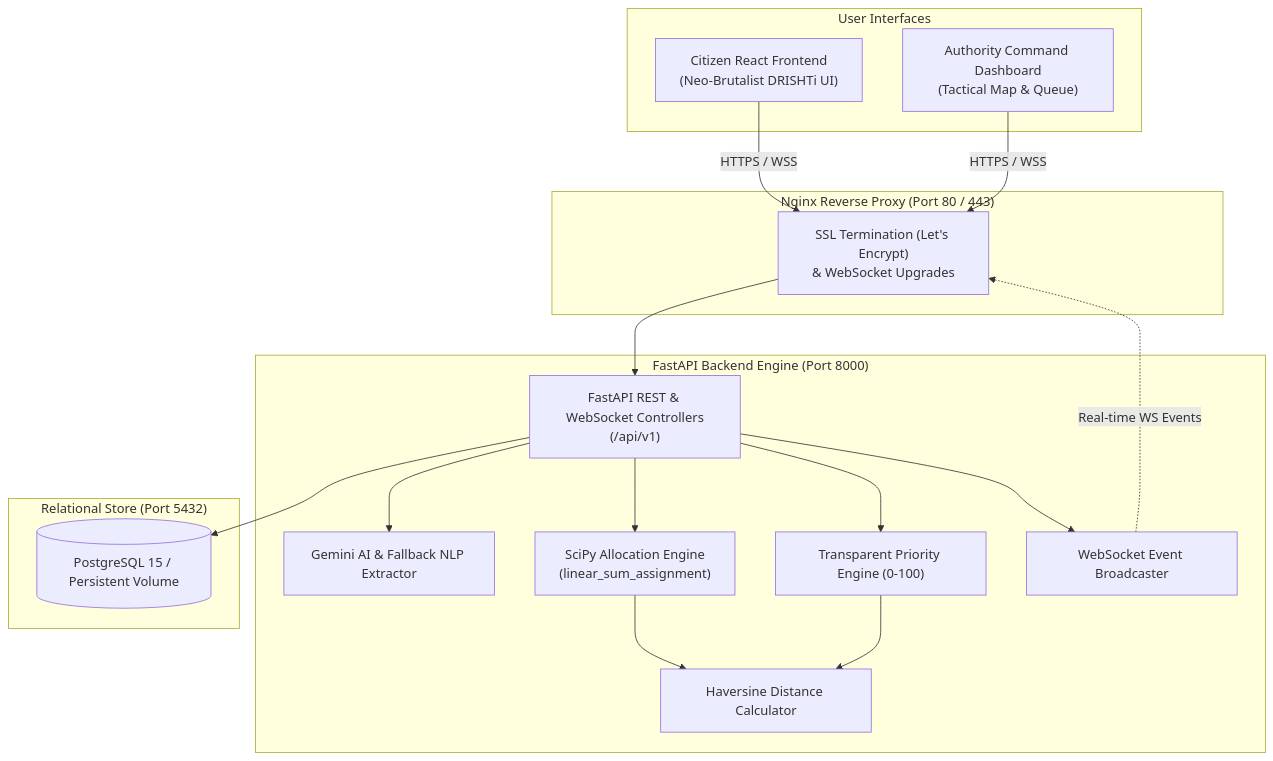
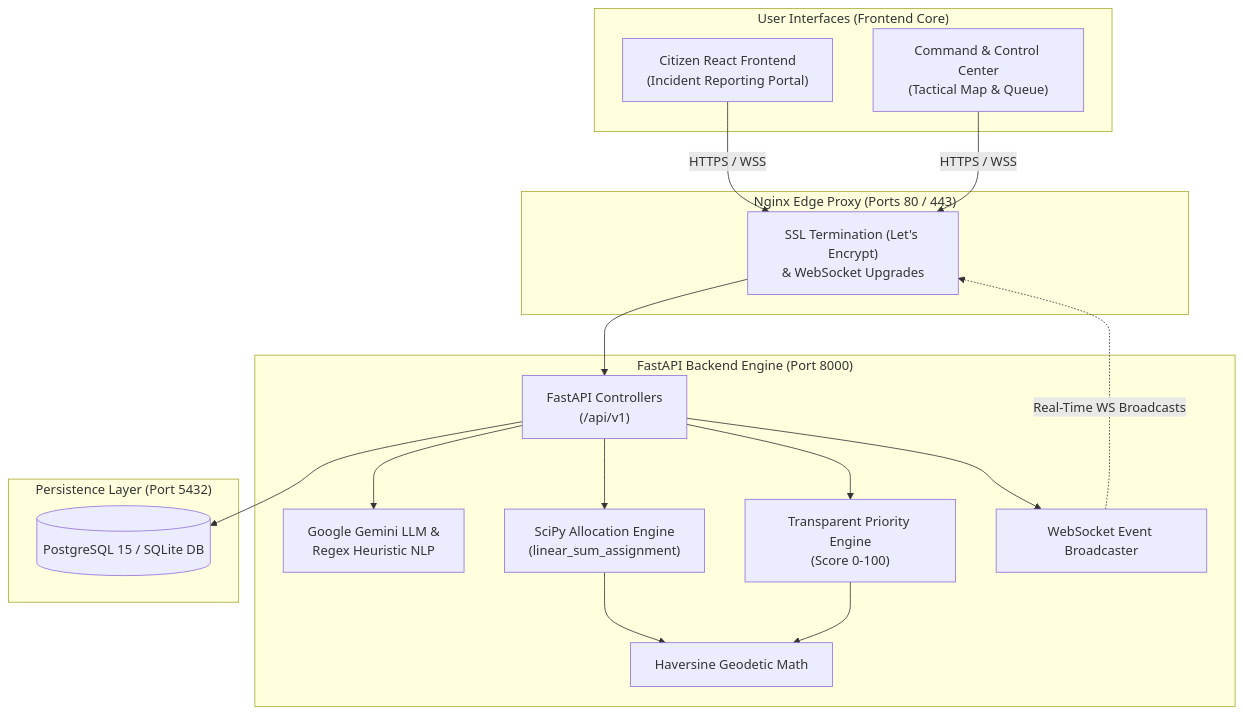
Before and after one commit to SiddhiB-05/Disaster-response-platform: the diagram in README.md, drawn with Mermaid. The commit also changed other lines of this file, not shown here.

````diff
--- a/README.md
+++ b/README.md
@@ -26,38 +131,38 @@
 ```mermaid
 flowchart TD
-    subgraph Clients["User Interfaces"]
-        CitizenUI["Citizen React Frontend<br/>(Neo-Brutalist DRISHTi UI)"]
-        DashboardUI["Authority Command Dashboard<br/>(Tactical Map & Queue)"]
+    subgraph Clients["User Interfaces (Frontend Core)"]
+        CitizenUI["Citizen React Frontend<br/>(Incident Reporting Portal)"]
+        DashboardUI["Command & Control Center<br/>(Tactical Map & Queue)"]
     end
 
-    subgraph Nginx["Nginx Reverse Proxy (Port 80 / 443)"]
+    subgraph NginxProxy["Nginx Edge Proxy (Ports 80 / 443)"]
         Proxy["SSL Termination (Let's Encrypt)<br/>& WebSocket Upgrades"]
     end
 
-    subgraph Backend["FastAPI Backend Engine (Port 8000)"]
-        API["FastAPI REST & WebSocket Controllers<br/>(/api/v1)"]
-        GeminiService["Gemini AI & Fallback NLP Extractor"]
-        ScoringEngine["Transparent Priority Engine (0-100)"]
+    subgraph BackendEngine["FastAPI Backend Engine (Port 8000)"]
+        API["FastAPI Controllers<br/>(/api/v1)"]
+        GeminiService["Google Gemini LLM &<br/>Regex Heuristic NLP"]
+        ScoringEngine["Transparent Priority Engine<br/>(Score 0-100)"]
         SciPyOptimizer["SciPy Allocation Engine<br/>(linear_sum_assignment)"]
-        HaversineMath["Haversine Distance Calculator"]
+        HaversineMath["Haversine Geodetic Math"]
         WSManager["WebSocket Event Broadcaster"]
     end
 
-    subgraph Database["Relational Store (Port 5432)"]
-        DB[(PostgreSQL 15 / Persistent Volume)]
+    subgraph DatabaseStore["Persistence Layer (Port 5432)"]
+        DB[(PostgreSQL 15 / SQLite DB)]
     end
 
     CitizenUI -->|HTTPS / WSS| Proxy
     DashboardUI -->|HTTPS / WSS| Proxy
     Proxy --> API
     
     API --> GeminiService
     API --> ScoringEngine
     API --> SciPyOptimizer
     SciPyOptimizer --> HaversineMath
     ScoringEngine --> HaversineMath
     
     API --> DB
     API --> WSManager
-    WSManager -.->|Real-time WS Events| Proxy
+    WSManager -.->|Real-Time WS Broadcasts| Proxy
 ```
````
